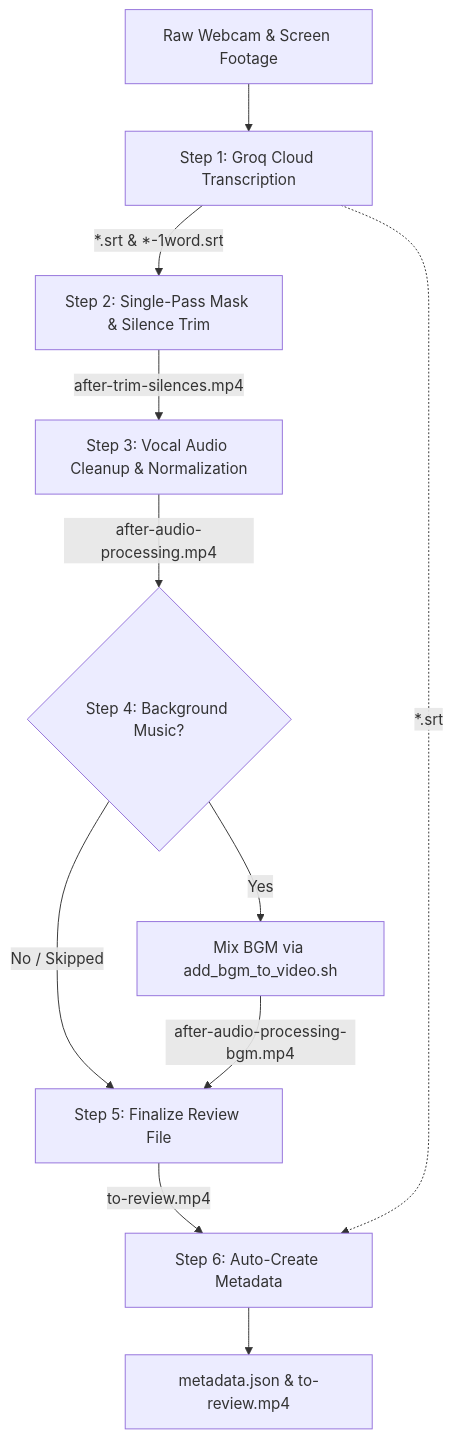
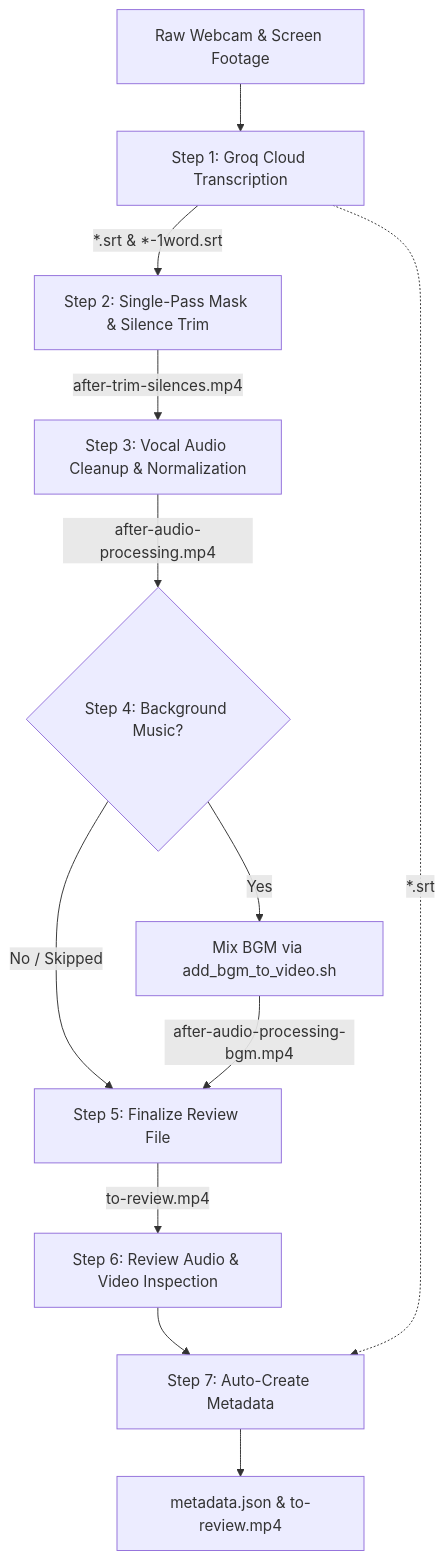
One commit to hassanaziz0012/phantom-editor changed the second of 2 diagrams in docs/pipelines.md. Above: the diagram before and after it, drawn with Mermaid. The commit also changed other lines of this file, not shown here.

Commit message:
Document quality review step in video pipeline docs

````diff
--- a/docs/pipelines.md
+++ b/docs/pipelines.md
@@ -144,13 +144,14 @@
 ```mermaid
 flowchart TD
     Raw[Raw Webcam & Screen Footage] --> Step1[Step 1: Groq Cloud Transcription]
     Step1 -->|*.srt & *-1word.srt| Step2[Step 2: Single-Pass Mask & Silence Trim]
     Step2 -->|after-trim-silences.mp4| Step3[Step 3: Vocal Audio Cleanup & Normalization]
     Step3 -->|after-audio-processing.mp4| Step4{Step 4: Background Music?}
     Step4 -->|Yes| Step4Run[Mix BGM via add_bgm_to_video.sh]
     Step4 -->|No / Skipped| Step5[Step 5: Finalize Review File]
     Step4Run -->|after-audio-processing-bgm.mp4| Step5
-    Step5 -->|to-review.mp4| Step6[Step 6: Auto-Create Metadata]
-    Step1 -.->|*.srt| Step6
-    Step6 --> Output[metadata.json & to-review.mp4]
+    Step5 -->|to-review.mp4| Step6[Step 6: Review Audio & Video Inspection]
+    Step6 --> Step7[Step 7: Auto-Create Metadata]
+    Step1 -.->|*.srt| Step7
+    Step7 --> Output[metadata.json & to-review.mp4]
 ```
````
